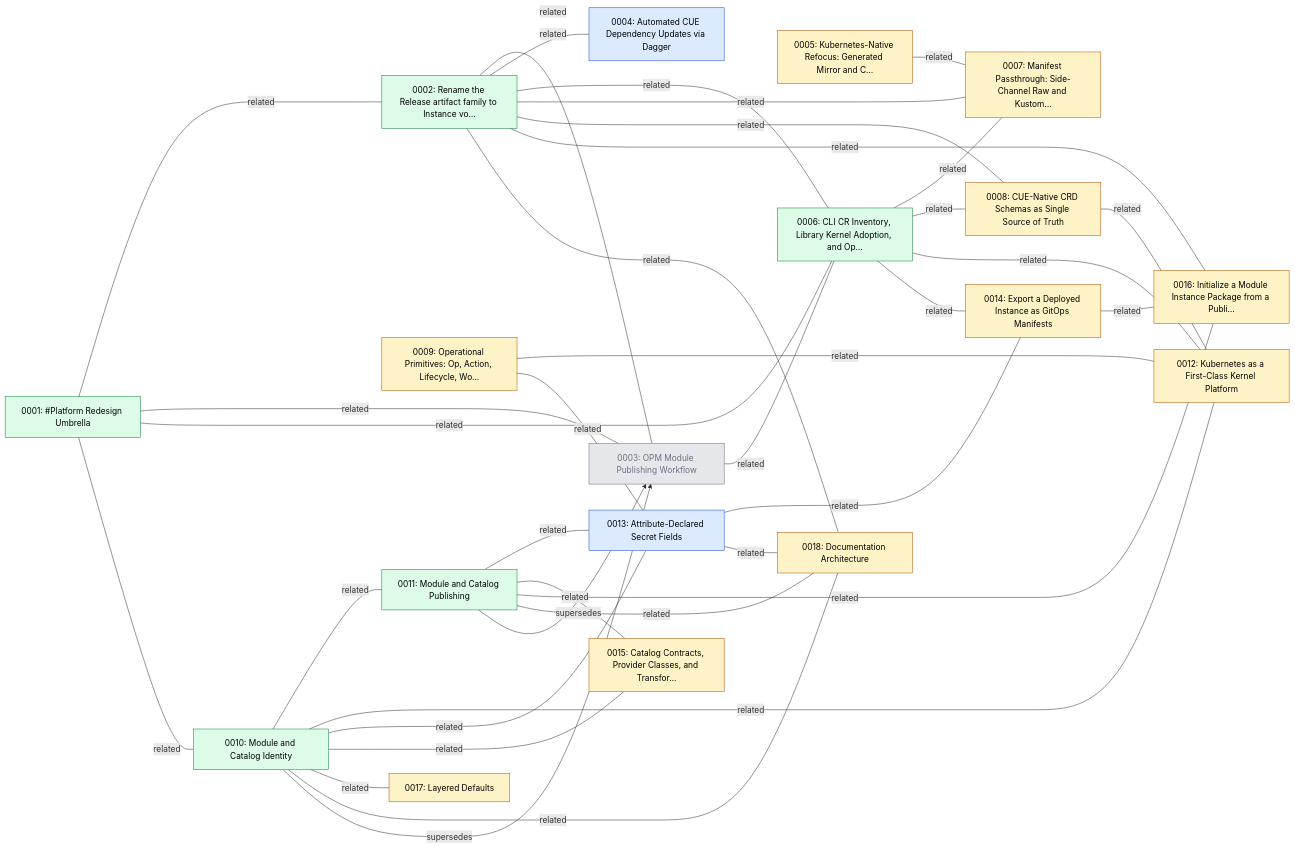
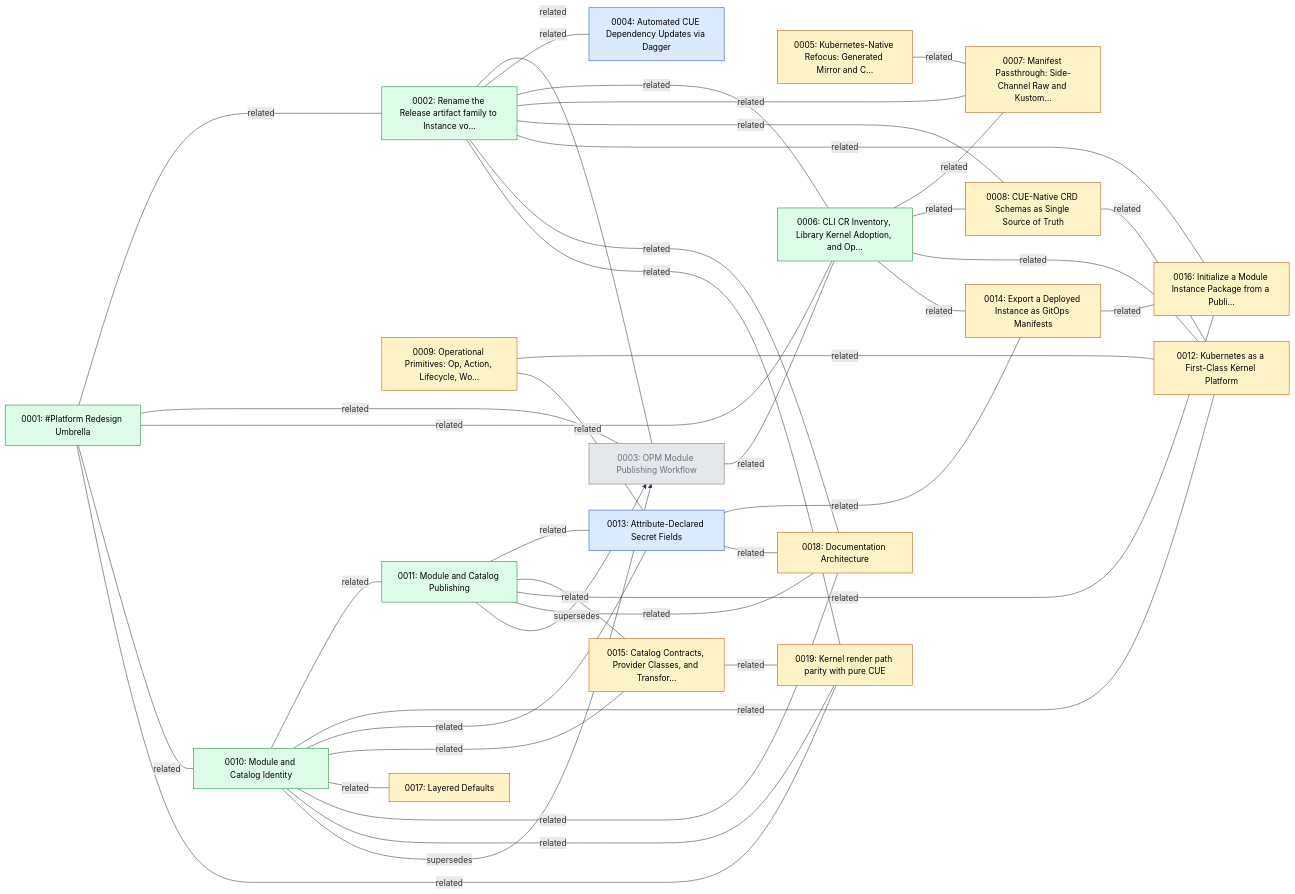
One commit to open-platform-model/enhancements changed the first of 2 diagrams in GRAPH.md. Above: the diagram before and after it, drawn with Mermaid. The commit also changed 37 other files, not shown here.

Commit message:
docs(0019): add render path parity enhancement and mvs experiments

````diff
--- a/GRAPH.md
+++ b/GRAPH.md
@@ -5,63 +5,68 @@
 ```mermaid
 graph LR
   classDef draft       fill:#fef3c7,stroke:#b45309,color:#000
   classDef accepted    fill:#dbeafe,stroke:#1d4ed8,color:#000
   classDef implemented fill:#dcfce7,stroke:#15803d,color:#000
   classDef superseded  fill:#e5e7eb,stroke:#6b7280,color:#6b7280
   classDef legacy      fill:#fafafa,stroke:#9ca3af,color:#6b7280,stroke-dasharray:3 3
 
   N0001["0001: #Platform Redesign Umbrella"]:::implemented
   N0002["0002: Rename the Release artifact family to Instance vo…"]:::implemented
   N0003["0003: OPM Module Publishing Workflow"]:::superseded
   N0004["0004: Automated CUE Dependency Updates via Dagger"]:::accepted
   N0005["0005: Kubernetes-Native Refocus: Generated Mirror and C…"]:::draft
   N0006["0006: CLI CR Inventory, Library Kernel Adoption, and Op…"]:::implemented
   N0007["0007: Manifest Passthrough: Side-Channel Raw and Kustom…"]:::draft
   N0008["0008: CUE-Native CRD Schemas as Single Source of Truth"]:::draft
   N0009["0009: Operational Primitives: Op, Action, Lifecycle, Wo…"]:::draft
   N0010["0010: Module and Catalog Identity"]:::implemented
   N0011["0011: Module and Catalog Publishing"]:::implemented
   N0012["0012: Kubernetes as a First-Class Kernel Platform"]:::draft
   N0013["0013: Attribute-Declared Secret Fields"]:::accepted
   N0014["0014: Export a Deployed Instance as GitOps Manifests"]:::draft
   N0015["0015: Catalog Contracts, Provider Classes, and Transfor…"]:::draft
   N0016["0016: Initialize a Module Instance Package from a Publi…"]:::draft
   N0017["0017: Layered Defaults"]:::draft
   N0018["0018: Documentation Architecture"]:::draft
+  N0019["0019: Kernel render path parity with pure CUE"]:::draft
 
   N0001 ---|related| N0002
   N0001 ---|related| N0003
   N0001 ---|related| N0006
   N0001 ---|related| N0010
+  N0001 ---|related| N0019
   N0002 ---|related| N0003
   N0002 ---|related| N0004
   N0002 ---|related| N0006
   N0002 ---|related| N0007
   N0002 ---|related| N0008
   N0002 ---|related| N0016
   N0002 ---|related| N0018
+  N0002 ---|related| N0019
   N0003 ---|related| N0006
   N0005 ---|related| N0007
   N0006 ---|related| N0007
   N0006 ---|related| N0008
   N0006 ---|related| N0012
   N0006 ---|related| N0014
   N0008 ---|related| N0012
   N0009 ---|related| N0012
   N0009 ---|related| N0013
   N0010 ---|related| N0011
   N0010 ---|related| N0012
   N0010 ---|related| N0013
   N0010 ---|related| N0015
   N0010 ---|related| N0017
   N0010 ---|related| N0018
+  N0010 ---|related| N0019
   N0011 ---|related| N0013
   N0011 ---|related| N0015
   N0011 ---|related| N0016
   N0011 ---|related| N0018
   N0013 ---|related| N0014
   N0013 ---|related| N0018
   N0014 ---|related| N0016
+  N0015 ---|related| N0019
   N0010 -->|supersedes| N0003
   N0011 -->|supersedes| N0003
 ```
````
